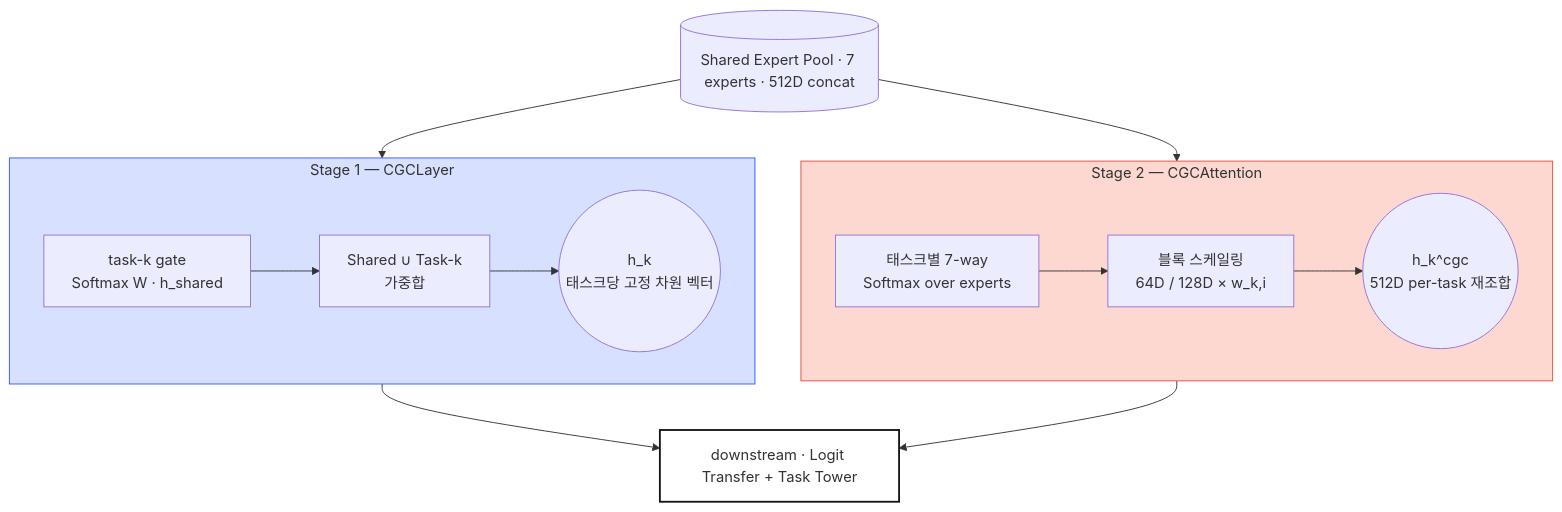
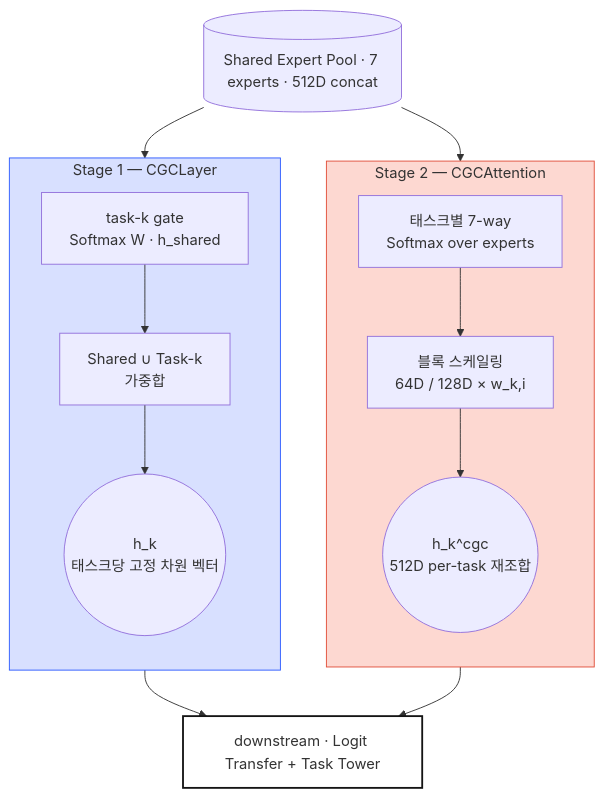
The first of 2 diagrams in src/content/posts/2026-04-19-ple-4-cgc-hmm-routing-ko.md (bluethestyle/bluethestyle.github.io), drawn with Mermaid before and after one commit. The commit also changed 1 other file, not shown here.

Commit message:
viz(ple-4): subgraph internal direction LR → TB for full vertical flow
Previous commit only flipped the outer flowchart to TB but kept
subgraph internal direction LR, so stage1/stage2 boxes still packed
nodes horizontally — text was still cramped per node. Now both
stages flow top-to-bottom internally too: each of the 3 nodes per
stage gets a full subgraph-width row, fonts render at full Mermaid
size without aspect squashing.

````diff
--- a/src/content/posts/2026-04-19-ple-4-cgc-hmm-routing-ko.md
+++ b/src/content/posts/2026-04-19-ple-4-cgc-hmm-routing-ko.md
@@ -32,25 +32,25 @@
 ```mermaid
 flowchart TB
   input[(Shared Expert Pool · 7 experts · 512D concat)]
   input --> stage1
   input --> stage2
   subgraph stage1 [Stage 1 — CGCLayer]
-    direction LR
+    direction TB
     s1a[task-k gate<br/>Softmax W · h_shared]
     s1b[Shared ∪ Task-k<br/>가중합]
     s1c((h_k<br/>태스크당 고정 차원 벡터))
     s1a --> s1b --> s1c
   end
   subgraph stage2 [Stage 2 — CGCAttention]
-    direction LR
+    direction TB
     s2a[태스크별 7-way<br/>Softmax over experts]
     s2b[블록 스케일링<br/>64D / 128D × w_k,i]
     s2c((h_k^cgc<br/>512D per-task 재조합))
     s2a --> s2b --> s2c
   end
   stage1 --> ds[downstream · Logit Transfer + Task Tower]
   stage2 --> ds
   style stage1 fill:#D8E0FF,stroke:#2E5BFF
   style stage2 fill:#FDD8D1,stroke:#E14F3A
   style ds fill:#FFFFFF,stroke:#141414,stroke-width:2px
 ```
````
